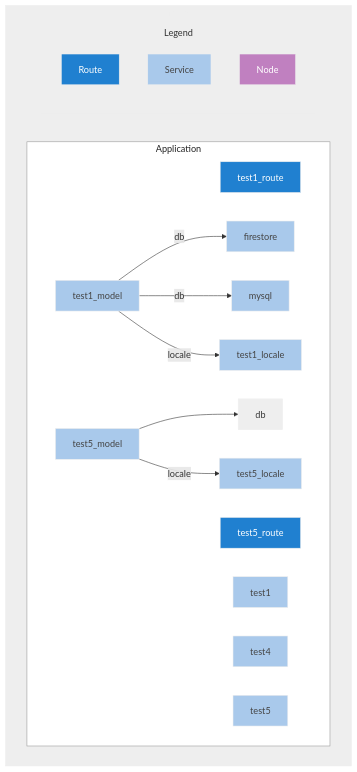
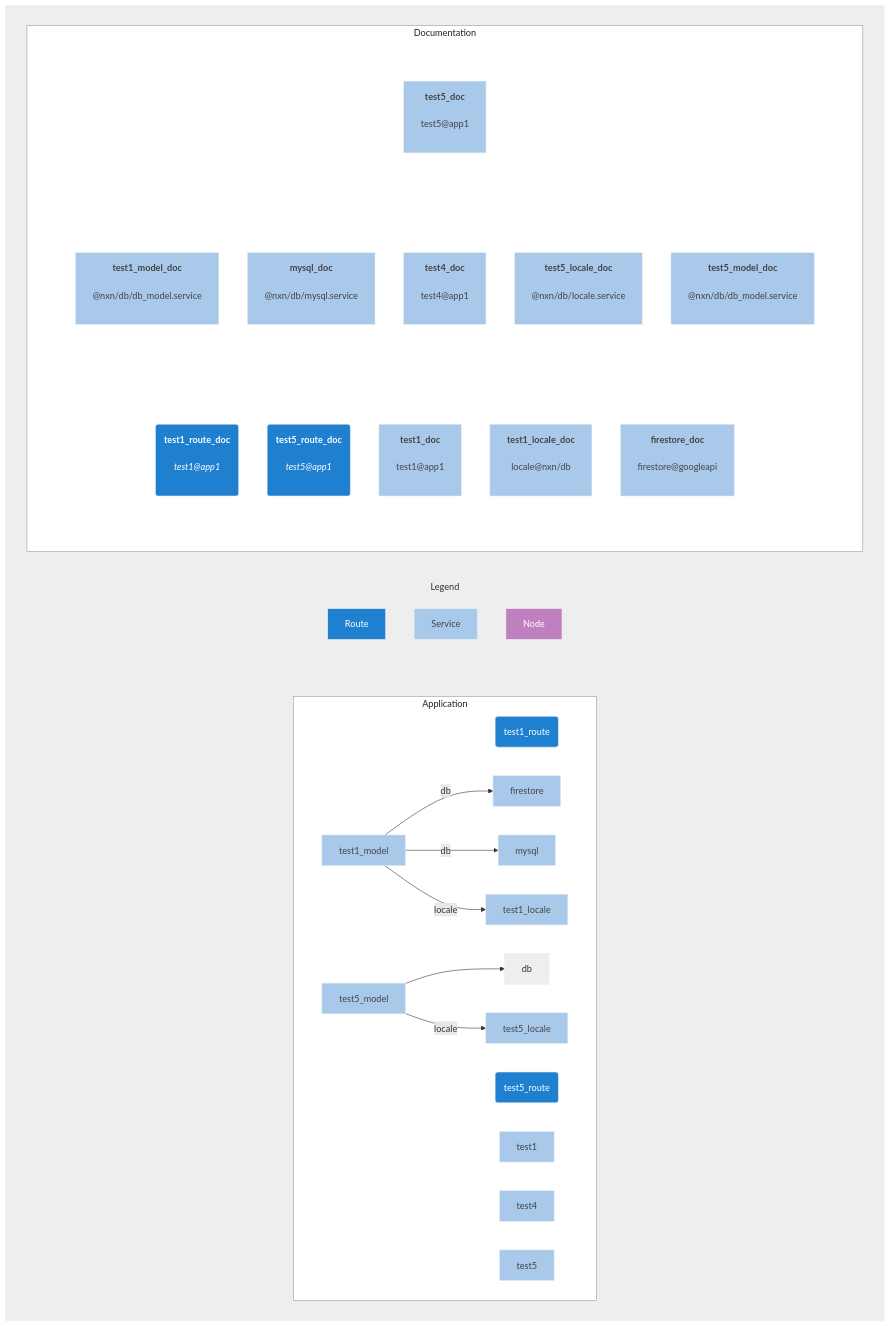
Before and after one commit to franck-yvetot/nxn-cli: the diagram in client_data/default/config_default.README.mmd, drawn with Mermaid. The commit also changed 1 other file, not shown here.

Commit message:
mermaid : added node doc

```diff
--- a/client_data/default/config_default.README.mmd
+++ b/client_data/default/config_default.README.mmd
@@ -1,37 +1,88 @@
 graph TB;
 subgraph main
 
 subgraph Application
     direction LR;
     classDef node fill:#eee,stroke:#eee,color:#333
     classDef route fill:#2080D0,stroke:#eee,color:#fff
     classDef nod fill:#C080C0,stroke:#eee,color:#fff
     classDef service fill:#A9C9EB,stroke:#eee,color:#444
-    test1_route:::route
-    test5_route:::route
-    test1:::service
-    test1_locale:::service
-    firestore:::service
-    test1_model:::service
+    test1_route("test1_route"):::route
+    test5_route("test5_route"):::route
+    test1["test1"]:::service
+    test1_locale["test1_locale"]:::service
+    firestore["firestore"]:::service
+    test1_model["test1_model"]:::service
     test1_model -- db -->firestore;
     test1_model -- db -->mysql;
     test1_model -- locale -->test1_locale;
-    mysql:::service
-    test4:::service
-    test5_locale:::service
-    test5_model:::service
+    mysql["mysql"]:::service
+    test4["test4"]:::service
+    test5_locale["test5_locale"]:::service
+    test5_model["test5_model"]:::service
     test5_model --> db;
     test5_model -- locale -->test5_locale;
-    test5:::service
+    test5["test5"]:::service
 end
 
 subgraph Legend
     Route:::route
     Service:::service
     Node:::nod
 end
+
+subgraph Documentation
+    direction LR;
+    classDef node fill:#eee,stroke:#eee,color:#333
+    classDef route fill:#2080D0,stroke:#eee,color:#fff
+    classDef nod fill:#C080C0,stroke:#eee,color:#fff
+    classDef service fill:#A9C9EB,stroke:#eee,color:#444
+
+
+subgraph Documentation_0
+direction TB;
+    test1_route_doc("<b>test1_route_doc</b><br><br><i>test1@app1</i><br><br>"):::route
+
+    test5_route_doc("<b>test5_route_doc</b><br><br><i>test5@app1</i><br><br>"):::route
+
+    test1_doc["<b>test1_doc</b><br><br>test1@app1<br><br>"]:::service
+
+    test1_locale_doc["<b>test1_locale_doc</b><br><br>locale@nxn/db<br><br>"]:::service
+
+    firestore_doc["<b>firestore_doc</b><br><br>firestore@googleapi<br><br>"]:::service
+
+end
+style Documentation_0 fill:#fff,stroke:#fff,color:#fff
+
+subgraph Documentation_1
+direction TB;
+    test1_model_doc["<b>test1_model_doc</b><br><br>@nxn/db/db_model.service<br><br>"]:::service
+
+    mysql_doc["<b>mysql_doc</b><br><br>@nxn/db/mysql.service<br><br>"]:::service
+
+    test4_doc["<b>test4_doc</b><br><br>test4@app1<br><br>"]:::service
+
+    test5_locale_doc["<b>test5_locale_doc</b><br><br>@nxn/db/locale.service<br><br>"]:::service
+
+    test5_model_doc["<b>test5_model_doc</b><br><br>@nxn/db/db_model.service<br><br>"]:::service
+
+end
+style Documentation_1 fill:#fff,stroke:#fff,color:#fff
+
+subgraph Documentation_2
+direction TB;
+    test5_doc["<b>test5_doc</b><br><br>test5@app1<br><br>"]:::service
+
+end
+style Documentation_2 fill:#fff,stroke:#fff,color:#fff
 end
 
+
+
+end
+
+
 style Application fill:#fff,stroke:#999,color:#222
+style Documentation fill:#fff,stroke:#999,color:#222
 style Legend fill:#eee,stroke:#eee,color:#333
 style main fill:#eee,stroke:#eee,color:#eee
```
